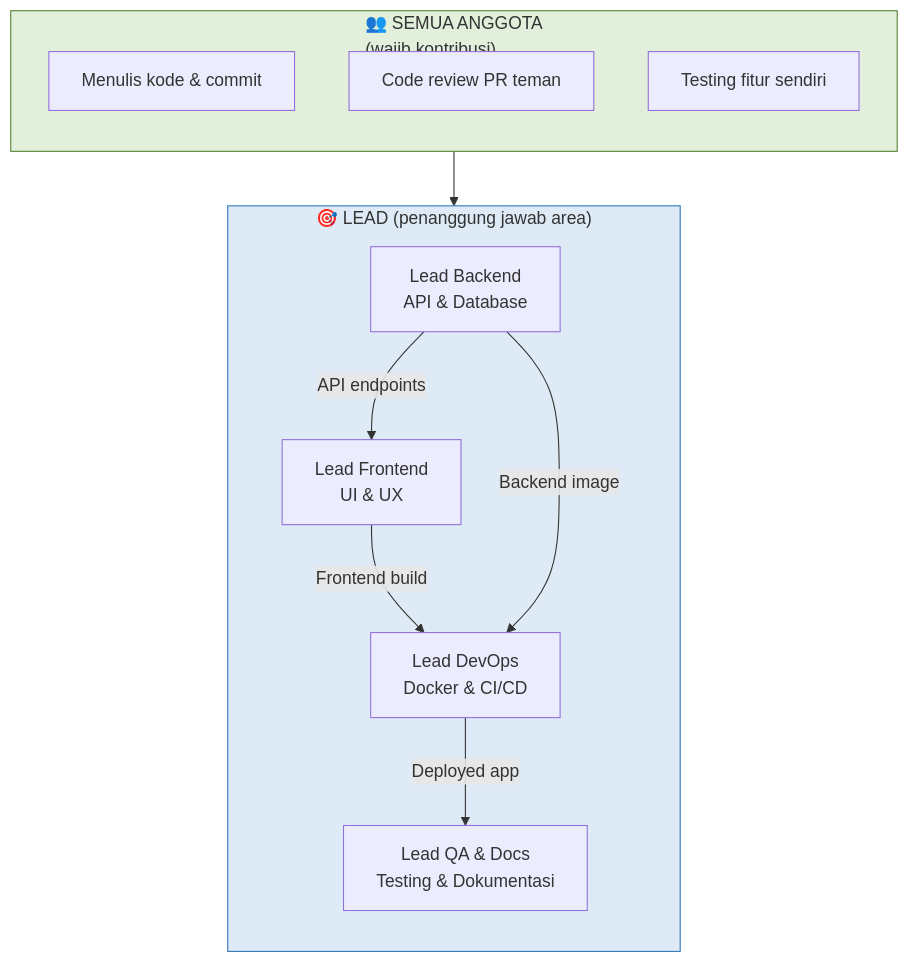
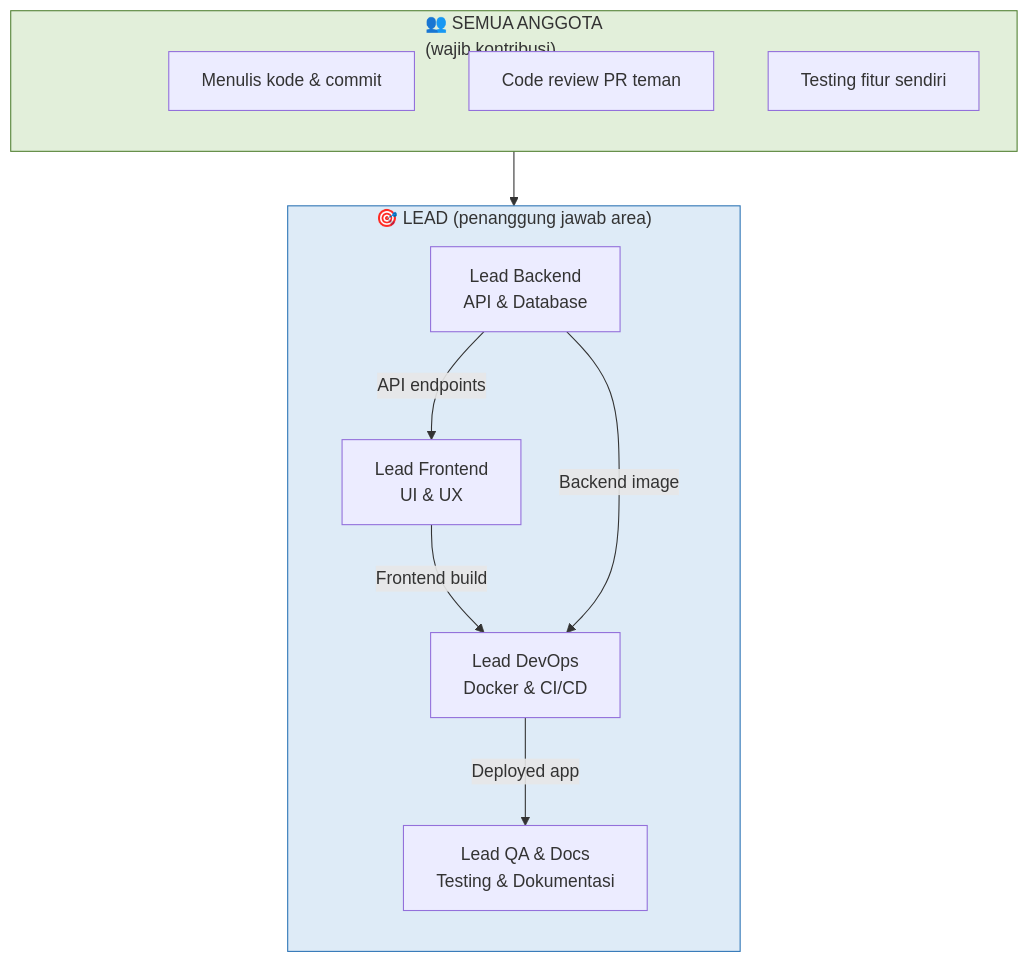
Before and after one commit to justdyn/2026-modul-praktikum-cloudcomputing: the first of 11 diagrams in 01-modul.md, drawn with Mermaid.

````diff
--- a/01-modul.md
+++ b/01-modul.md
@@ -79,27 +79,29 @@
 ```mermaid
 flowchart TD
     subgraph SEMUA ["👥 SEMUA ANGGOTA
     (wajib kontribusi)"]
         direction TB
+        SPACE[ ]:::hidden
         CODE[Menulis kode & commit]
         REVIEW[Code review PR teman]
         TEST[Testing fitur sendiri]
     end
 
     subgraph LEADS ["🎯 LEAD (penanggung jawab area)"]
         direction TB
         BE[Lead Backend<br/>API & Database]
         FE[Lead Frontend<br/>UI & UX]
         DO[Lead DevOps<br/>Docker & CI/CD]
         QA[Lead QA & Docs<br/>Testing & Dokumentasi]
     end
 
     SEMUA --> LEADS
     BE -->|API endpoints| FE
     FE -->|Frontend build| DO
     BE -->|Backend image| DO
     DO -->|Deployed app| QA
 
     style SEMUA fill:#E2EFDA,stroke:#548235
     style LEADS fill:#DEEBF7,stroke:#2E75B6
+    style SPACE fill:none,stroke:none,color:none
 ```
````
